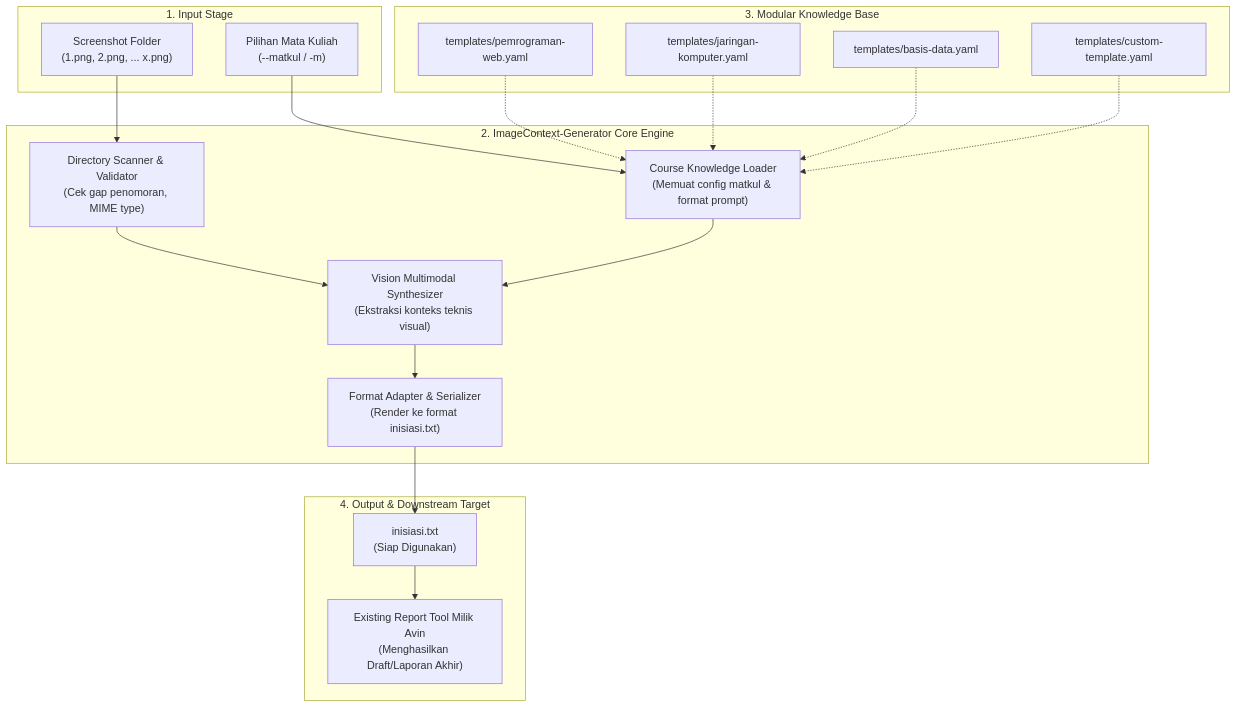
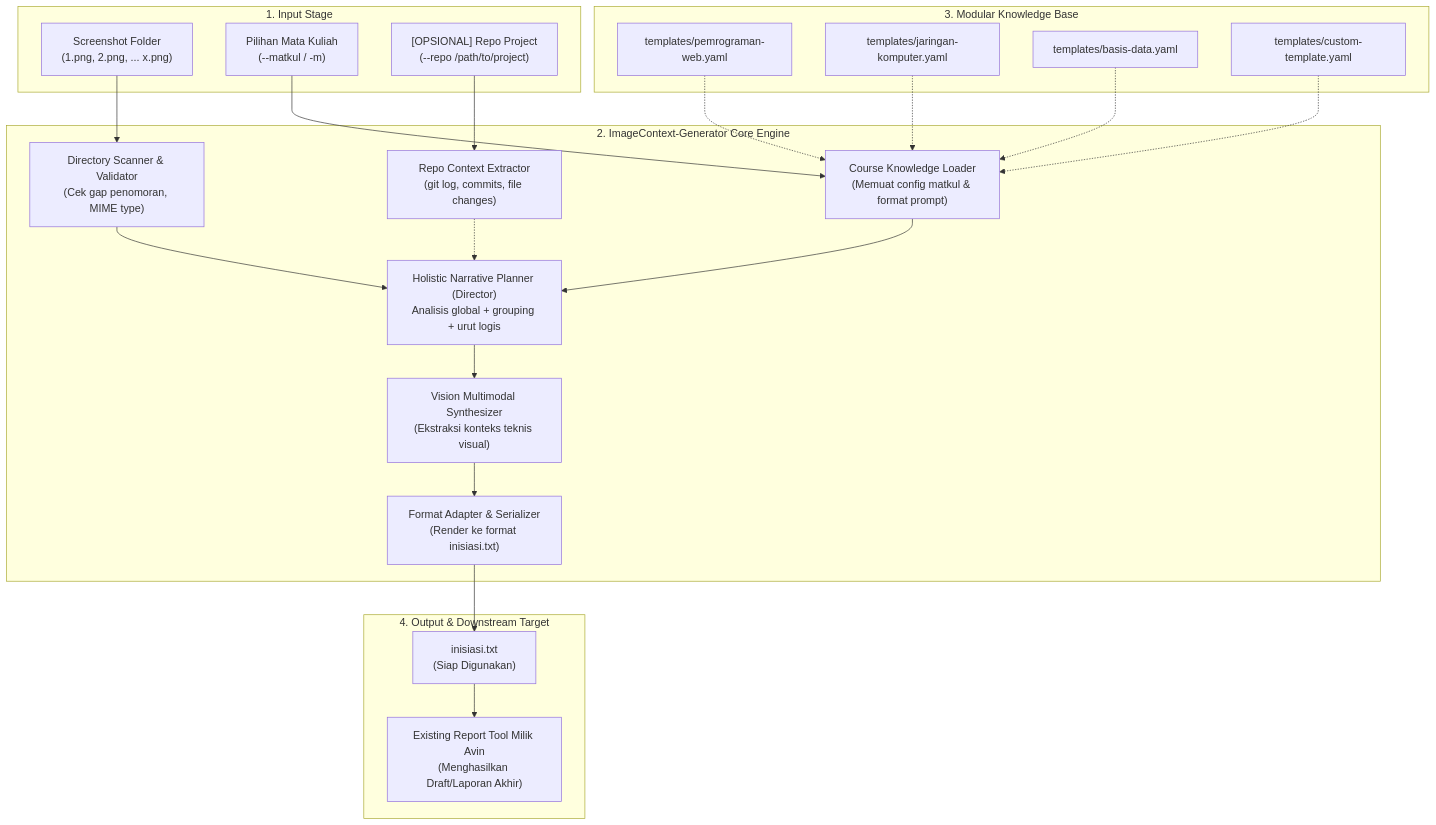
One commit to AcademyCity-RND/AC-ImageContext-Generator changed the first of 2 diagrams in PRD.md. Above: the diagram before and after it, drawn with Mermaid. The commit also changed other lines of this file and 2 other files, not shown here.

Commit message:
docs: update PRD and README with holistic narrative planner (director mode) roadmap & clearer env placeholder

````diff
--- a/PRD.md
+++ b/PRD.md
@@ -44,35 +46,41 @@
 ```mermaid
 flowchart TD
     subgraph InputStage["1. Input Stage"]
         Imgs["Screenshot Folder\n(1.png, 2.png, ... x.png)"]
         MK["Pilihan Mata Kuliah\n(--matkul / -m)"]
+        Repo["[OPSIONAL] Repo Project\n(--repo /path/to/project)"]
     end
 
     subgraph CoreEngine["2. ImageContext-Generator Core Engine"]
         Scanner["Directory Scanner & Validator\n(Cek gap penomoran, MIME type)"]
         KBEngine["Course Knowledge Loader\n(Memuat config matkul & format prompt)"]
+        RepoCtx["Repo Context Extractor\n(git log, commits, file changes)"]
+        Director["Holistic Narrative Planner (Director)\nAnalisis global + grouping + urut logis"]
         VisionWorker["Vision Multimodal Synthesizer\n(Ekstraksi konteks teknis visual)"]
         Formatter["Format Adapter & Serializer\n(Render ke format inisiasi.txt)"]
     end
 
     subgraph KnowledgeBase["3. Modular Knowledge Base"]
         KB1["templates/pemrograman-web.yaml"]
         KB2["templates/jaringan-komputer.yaml"]
         KB3["templates/basis-data.yaml"]
         KB_Cust["templates/custom-template.yaml"]
     end
 
     subgraph OutputStage["4. Output & Downstream Target"]
         InisiasiFile["inisiasi.txt\n(Siap Digunakan)"]
         ExistingTool["Existing Report Tool Milik Avin\n(Menghasilkan Draft/Laporan Akhir)"]
     end
 
     Imgs --> Scanner
     MK --> KBEngine
+    Repo --> RepoCtx
     KB1 & KB2 & KB3 & KB_Cust -.-> KBEngine
-    Scanner --> VisionWorker
-    KBEngine --> VisionWorker
+    Scanner --> Director
+    KBEngine --> Director
+    RepoCtx -.-> Director
+    Director --> VisionWorker
     VisionWorker --> Formatter
     Formatter --> InisiasiFile
     InisiasiFile --> ExistingTool
 ```
````
